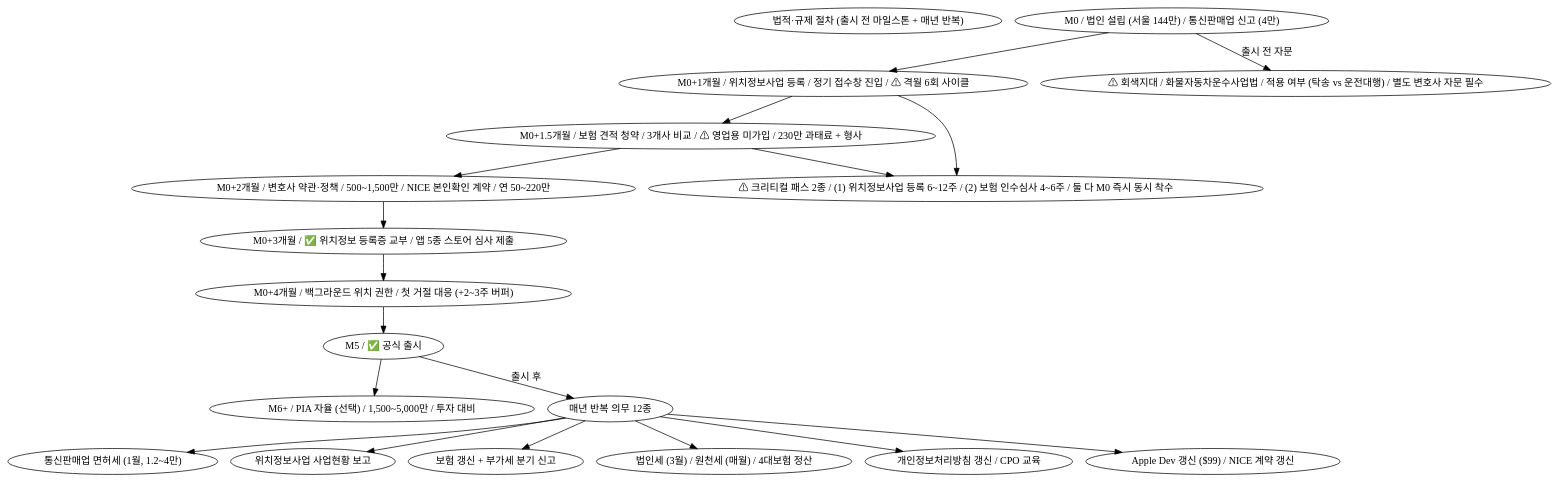
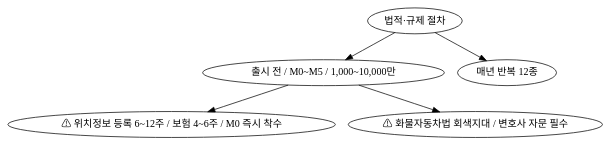
Before and after one commit to serendibeats/cargypsy: the diagram in diagrams/09-cost-regulatory.dot, drawn with Graphviz. The commit also changed 12 other files, not shown here.

First line of the commit message:
Simplify cost diagrams + add glossary box

```diff
--- a/diagrams/09-cost-regulatory.dot
+++ b/diagrams/09-cost-regulatory.dot
@@ -1,45 +1,13 @@
 digraph CostRegulatory {
-    title [label="법적·규제 절차 (출시 전 마일스톤 + 매년 반복)"];
+    title [label="법적·규제 절차"];
 
-    M0 [label="M0 / 법인 설립 (서울 144만) / 통신판매업 신고 (4만)"];
-    M1 [label="M0+1개월 / 위치정보사업 등록 / 정기 접수창 진입 / ⚠ 격월 6회 사이클"];
-    M15 [label="M0+1.5개월 / 보험 견적 청약 / 3개사 비교 / ⚠ 영업용 미가입 / 230만 과태료 + 형사"];
-    M2 [label="M0+2개월 / 변호사 약관·정책 / 500~1,500만 / NICE 본인확인 계약 / 연 50~220만"];
-    M3 [label="M0+3개월 / ✅ 위치정보 등록증 교부 / 앱 5종 스토어 심사 제출"];
-    M4 [label="M0+4개월 / 백그라운드 위치 권한 / 첫 거절 대응 (+2~3주 버퍼)"];
-    M5 [label="M5 / ✅ 공식 출시"];
-    M6 [label="M6+ / PIA 자율 (선택) / 1,500~5,000만 / 투자 대비"];
+    pre [label="출시 전 / M0~M5 / 1,000~10,000만"];
+    annual [label="매년 반복 12종"];
+    crit [label="⚠ 위치정보 등록 6~12주 / 보험 4~6주 / M0 즉시 착수"];
+    gray [label="⚠ 화물자동차법 회색지대 / 변호사 자문 필수"];
 
-    crit [label="⚠ 크리티컬 패스 2종 / (1) 위치정보사업 등록 6~12주 / (2) 보험 인수심사 4~6주 / 둘 다 M0 즉시 동시 착수"];
-
-    annual [label="매년 반복 의무 12종"];
-    a1 [label="통신판매업 면허세 (1월, 1.2~4만)"];
-    a2 [label="위치정보사업 사업현황 보고"];
-    a3 [label="보험 갱신 + 부가세 분기 신고"];
-    a4 [label="법인세 (3월) / 원천세 (매월) / 4대보험 정산"];
-    a5 [label="개인정보처리방침 갱신 / CPO 교육"];
-    a6 [label="Apple Dev 갱신 ($99) / NICE 계약 갱신"];
-
-    gray [label="⚠ 회색지대 / 화물자동차운수사업법 / 적용 여부 (탁송 vs 운전대행) / 별도 변호사 자문 필수"];
-
-    M0 -> M1;
-    M1 -> M15;
-    M15 -> M2;
-    M2 -> M3;
-    M3 -> M4;
-    M4 -> M5;
-    M5 -> M6;
-
-    M1 -> crit;
-    M15 -> crit;
-
-    annual -> a1;
-    annual -> a2;
-    annual -> a3;
-    annual -> a4;
-    annual -> a5;
-    annual -> a6;
-
-    M5 -> annual [label="출시 후"];
-    M0 -> gray [label="출시 전 자문"];
+    title -> pre;
+    title -> annual;
+    pre -> crit;
+    pre -> gray;
 }
```
